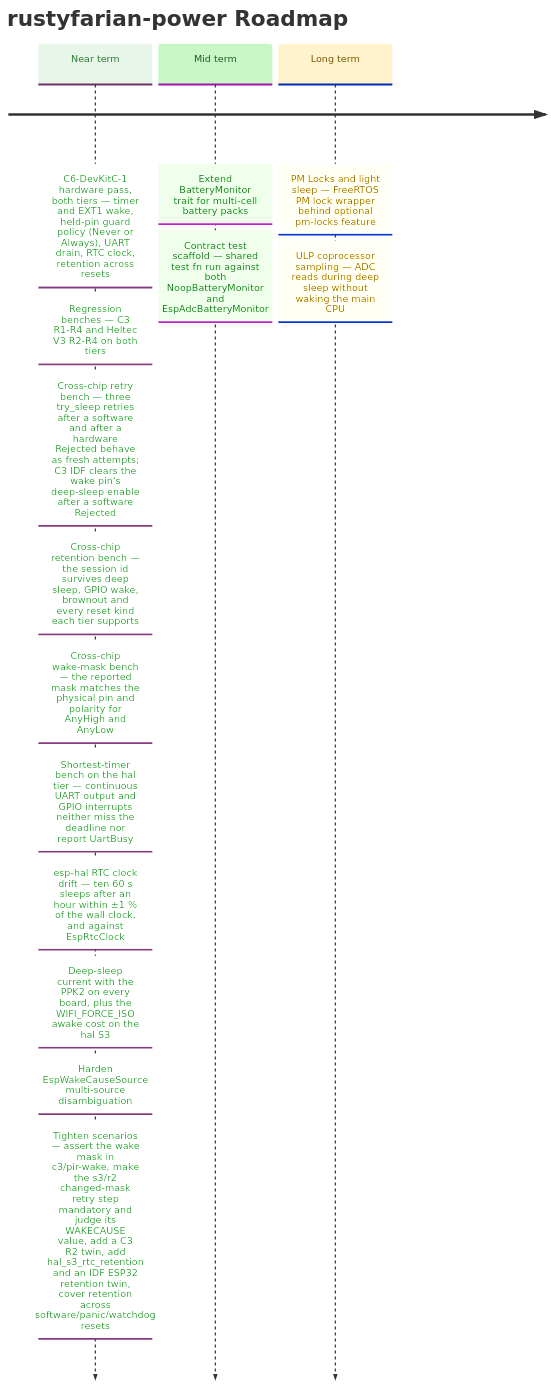
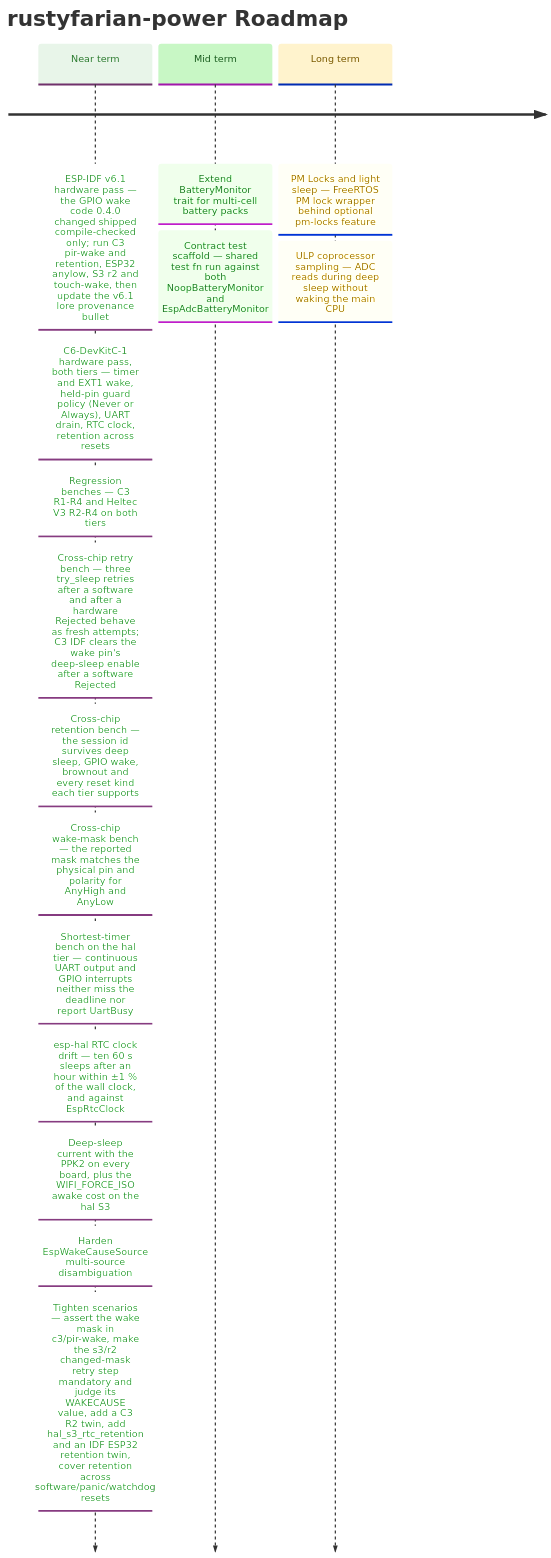
The diagram in docs/ROADMAP.md (datenkollektiv/rustyfarian-power), drawn with Mermaid before and after one commit. The commit also changed 1 other file, not shown here.

Commit message:
Roadmap Hygiene 2026-11-17

````diff
--- a/docs/ROADMAP.md
+++ b/docs/ROADMAP.md
@@ -10,35 +10,36 @@
 ```mermaid
 %%{init: {
   "theme": "base",
   "themeVariables": {
     "cScale0": "#e8f5e9",
     "cScaleLabel0": "#2e7d32",
     "cScale1": "#c8f7c5",
     "cScaleLabel1": "#1b5e20",
     "cScale2": "#fff3cd",
     "cScaleLabel2": "#7a5a00",
     "cScale3": "#e3f2fd",
     "cScaleLabel3": "#0d47a1"
   }
 }}%%
 
 timeline
     title rustyfarian-power Roadmap
 
-    Near term : C6-DevKitC-1 hardware pass, both tiers — timer and EXT1 wake, held-pin guard policy (Never or Always), UART drain, RTC clock, retention across resets
+    Near term : ESP-IDF v6.1 hardware pass — the GPIO wake code 0.4.0 changed shipped compile-checked only; run C3 pir-wake and retention, ESP32 anylow, S3 r2 and touch-wake, then update the v6.1 lore provenance bullet
+              : C6-DevKitC-1 hardware pass, both tiers — timer and EXT1 wake, held-pin guard policy (Never or Always), UART drain, RTC clock, retention across resets
               : Regression benches — C3 R1-R4 and Heltec V3 R2-R4 on both tiers
               : Cross-chip retry bench — three try_sleep retries after a software and after a hardware Rejected behave as fresh attempts; C3 IDF clears the wake pin's deep-sleep enable after a software Rejected
               : Cross-chip retention bench — the session id survives deep sleep, GPIO wake, brownout and every reset kind each tier supports
               : Cross-chip wake-mask bench — the reported mask matches the physical pin and polarity for AnyHigh and AnyLow
               : Shortest-timer bench on the hal tier — continuous UART output and GPIO interrupts neither miss the deadline nor report UartBusy
               : esp-hal RTC clock drift — ten 60 s sleeps after an hour within ±1 % of the wall clock, and against EspRtcClock
               : Deep-sleep current with the PPK2 on every board, plus the WIFI_FORCE_ISO awake cost on the hal S3
               : Harden EspWakeCauseSource multi-source disambiguation
               : Tighten scenarios — assert the wake mask in c3/pir-wake, make the s3/r2 changed-mask retry step mandatory and judge its WAKECAUSE value, add a C3 R2 twin, add hal_s3_rtc_retention and an IDF ESP32 retention twin, cover retention across software/panic/watchdog resets
 
     Mid term  : Extend BatteryMonitor trait for multi-cell battery packs
               : Contract test scaffold — shared test fn run against both NoopBatteryMonitor and EspAdcBatteryMonitor
 
     Long term : PM Locks and light sleep — FreeRTOS PM lock wrapper behind optional pm-locks feature
               : ULP coprocessor sampling — ADC reads during deep sleep without waking the main CPU
 ```
````
